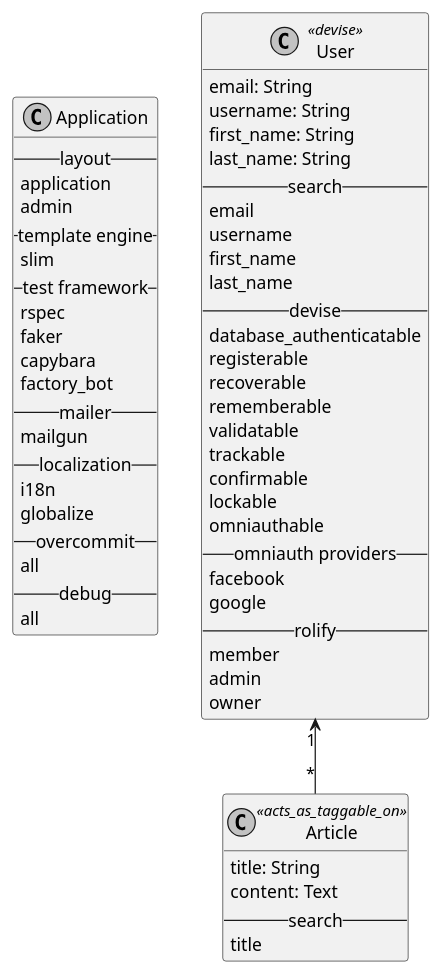
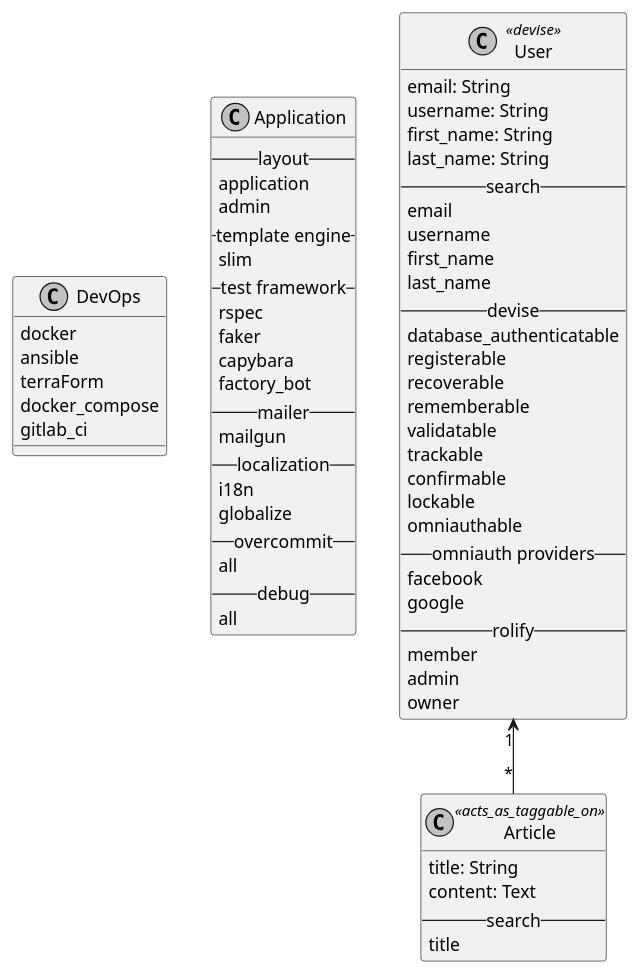
The diagram in docs/model.md (jrcech/rails_template), drawn with PlantUML before and after one commit. The commit also changed 90 other files, not shown here.

````diff
--- a/docs/model.md
+++ b/docs/model.md
@@ -1,68 +1,76 @@
 ```plantuml
 @startuml
 
 skinparam monochrome true
 skinparam shadowing false
+
+class DevOps {
+  docker
+  ansible
+  terraForm
+  docker_compose
+  gitlab_ci
+}
 
 class Application {
   -- layout --
   application
   admin
   -- template engine --
   slim
   -- test framework --
   rspec
   faker
   capybara
   factory_bot
   -- mailer --
   mailgun
   -- localization --
   i18n
   globalize
   -- overcommit --
   all
   -- debug --
   all
 }
 
 class User <<devise>> {
   email: String
   username: String
   first_name: String
   last_name: String
   -- search --
   email
   username
   first_name
   last_name
   -- devise --
   database_authenticatable
   registerable
   recoverable
   rememberable
   validatable
   trackable
   confirmable
   lockable
   omniauthable
   -- omniauth providers --
   facebook
   google
   -- rolify --
   member
   admin
   owner
 }
 
 class Article <<acts_as_taggable_on>> {
   title: String
   content: Text
   -- search --
   title
 }
 
 User "1" <-- "*" Article
 
 @enduml
 ```
````
